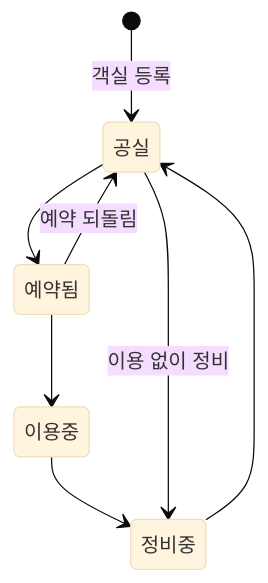
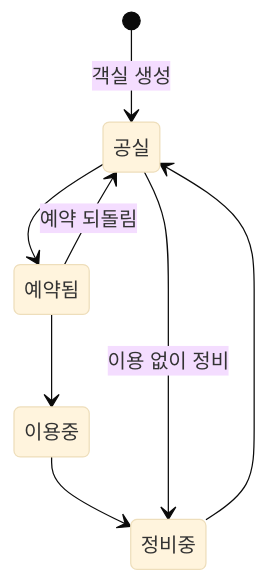
The diagram in README.md (beta1360/handys-urbanstay), drawn with Mermaid (base theme) before and after one commit. The commit also changed other lines of this file, not shown here.

````diff
--- a/README.md
+++ b/README.md
@@ -25,14 +27,14 @@
 ```mermaid
 stateDiagram-v2
     state "공실" as VACANT
     state "예약됨" as RESERVED
     state "이용중" as OCCUPIED
     state "정비중" as MAINTENANCE
-    [*] --> VACANT: 객실 등록
+    [*] --> VACANT: 객실 생성
     VACANT --> RESERVED
     RESERVED --> OCCUPIED
     OCCUPIED --> MAINTENANCE
     MAINTENANCE --> VACANT
     RESERVED --> VACANT: 예약 되돌림
     VACANT --> MAINTENANCE: 이용 없이 정비
 ```
````
